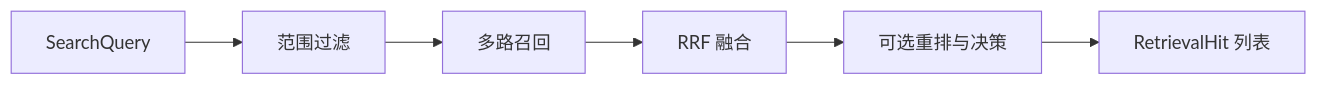
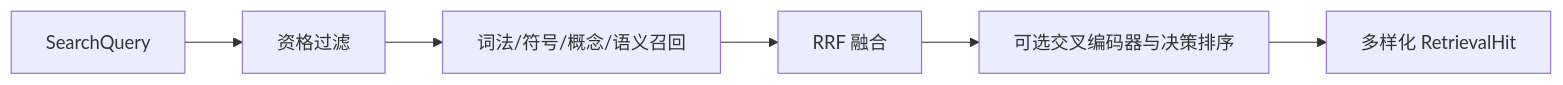
Before and after one commit to lejunyang/omem: the diagram in .repo-review/knowledge/articles/0f4c98f99ec08ee9f67bc4c9abbbec7193e9e0c6a38384e2306d9c1cf84a9f03.md, drawn with Mermaid. The commit also changed other lines of this file and 3 other files, not shown here.

````diff
--- a/.repo-review/knowledge/articles/0f4c98f99ec08ee9f67bc4c9abbbec7193e9e0c6a38384e2306d9c1cf84a9f03.md
+++ b/.repo-review/knowledge/articles/0f4c98f99ec08ee9f67bc4c9abbbec7193e9e0c6a38384e2306d9c1cf84a9f03.md
@@ -19,8 +19,8 @@
 ```mermaid
 flowchart LR
-  Q[SearchQuery] --> F[范围过滤]
-  F --> R[多路召回]
-  R --> U[RRF 融合]
-  U --> X[可选重排与决策]
-  X --> O[RetrievalHit 列表]
+  Q[SearchQuery] --> F[资格过滤]
+  F --> R[词法/符号/概念/语义召回]
+  R --> M[RRF 融合]
+  M --> X[可选交叉编码器与决策排序]
+  X --> O[多样化 RetrievalHit]
 ```
````
